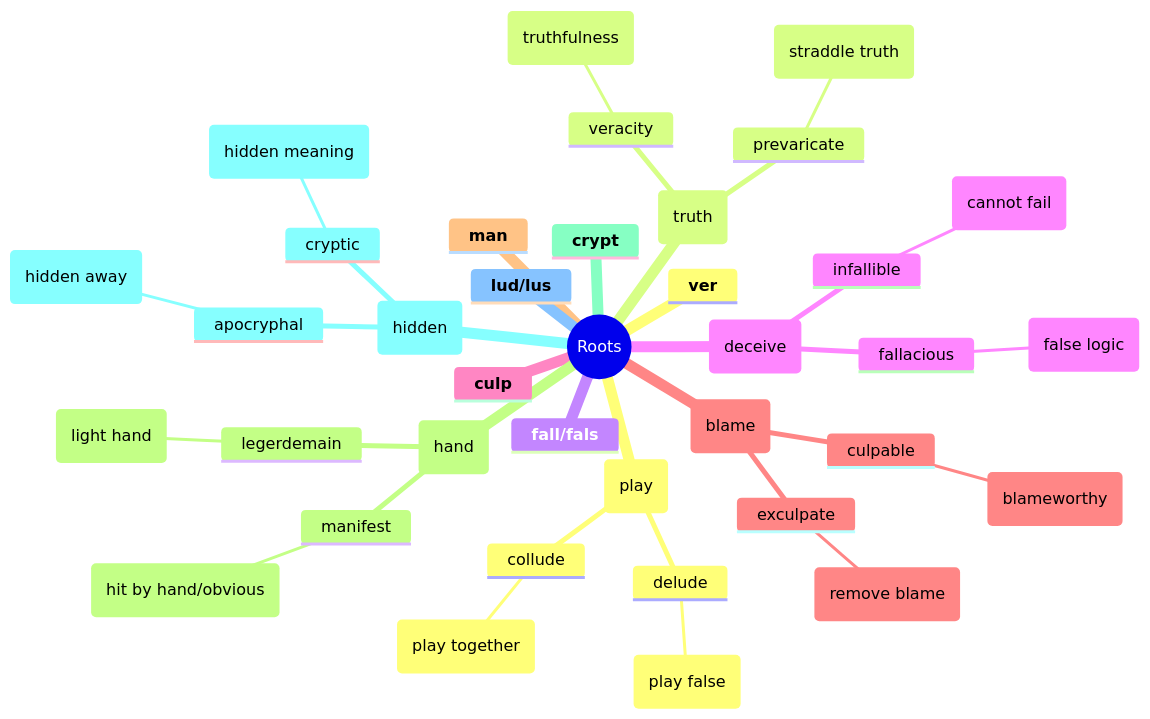
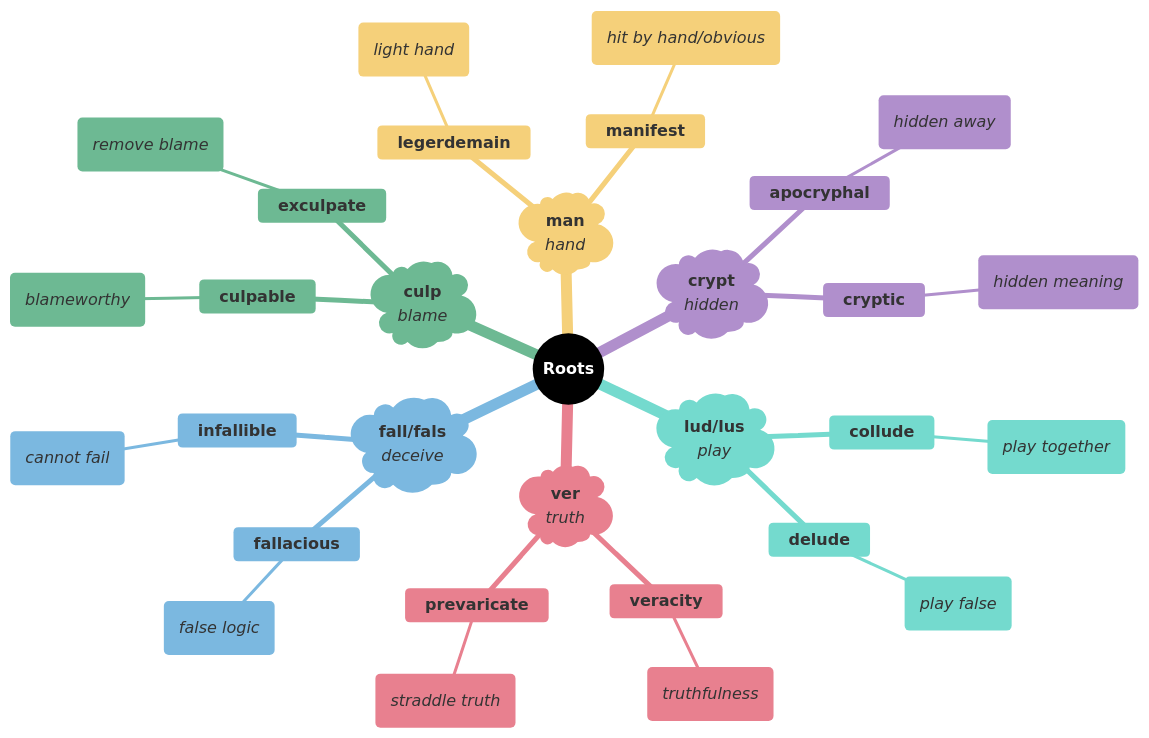
Before and after one commit to 95anantsingh/gre-preparation: the seventh of 7 diagrams in mindmaps/08-deception-and-trickery.md, drawn with Mermaid. The commit also changed other lines of this file and 14 other files, not shown here.

````diff
--- a/mindmaps/08-deception-and-trickery.md
+++ b/mindmaps/08-deception-and-trickery.md
@@ -277,40 +399,53 @@
 ```mermaid
+%%{
+  init: {
+    "theme": "base",
+    "themeVariables": {
+      "primaryColor": "#000000",
+      "cScale1": "#e8808f",  "cScaleInv1": "#a33445",
+      "cScale2": "#7bb8e0",  "cScaleInv2": "#266a93",
+      "cScale3": "#6db993",  "cScaleInv3": "#23543f",
+      "cScale4": "#f5d07a",  "cScaleInv4": "#c4903b",
+      "cScale5": "#b08fcc",  "cScaleInv5": "#5d3b75",
+      "cScale6": "#74dace",  "cScaleInv6": "#217d72",
+      "cScale7": "#f09570",  "cScaleInv7": "#b84112",
+      "cScale8": "#8ea8c2",  "cScaleInv8": "#32465e",
+      "cScale9": "#cc7fba",  "cScaleInv9": "#7d2868",
+      "cScale10": "#c99a78", "cScaleInv10": "#7c4e32",
+      "cScale11": "#a3a3a3", "cScaleInv11": "#3d3d3d"
+    }
+  }
+}%%
 mindmap
-  root((Roots))
-    **ver**
-    (truth)
-      prevaricate
-        (straddle truth)
-      veracity
-        (truthfulness)
-    **fall/fals**
-    (deceive)
-      fallacious
-        (false logic)
-      infallible
-        (cannot fail)
-    **culp**
-    (blame)
-      culpable
-        (blameworthy)
-      exculpate
-        (remove blame)
-    **man**
-    (hand)
-      legerdemain
-        (light hand)
-      manifest
-        (hit by hand/obvious)
-    **crypt**
-    (hidden)
-      apocryphal
-        (hidden away)
-      cryptic
-        (hidden meaning)
-    **lud/lus**
-    (play)
-      collude
-        (play together)
-      delude
-        (play false)
+  root((<font color=white>**Roots**</font>))
+    )**ver**</br>_truth_(
+      **prevaricate**
+        (_straddle truth_)
+      **veracity**
+        (_truthfulness_)
+    )**fall/fals**</br>_deceive_(
+      **fallacious**
+        (_false logic_)
+      **infallible**
+        (_cannot fail_)
+    )**culp**</br>_blame_(
+      **culpable**
+        (_blameworthy_)
+      **exculpate**
+        (_remove blame_)
+    )**man**</br>_hand_(
+      **legerdemain**
+        (_light hand_)
+      **manifest**
+        (_hit by hand/obvious_)
+    )**crypt**</br>_hidden_(
+      **apocryphal**
+        (_hidden away_)
+      **cryptic**
+        (_hidden meaning_)
+    )**lud/lus**</br>_play_(
+      **collude**
+        (_play together_)
+      **delude**
+        (_play false_)
 ```
````
